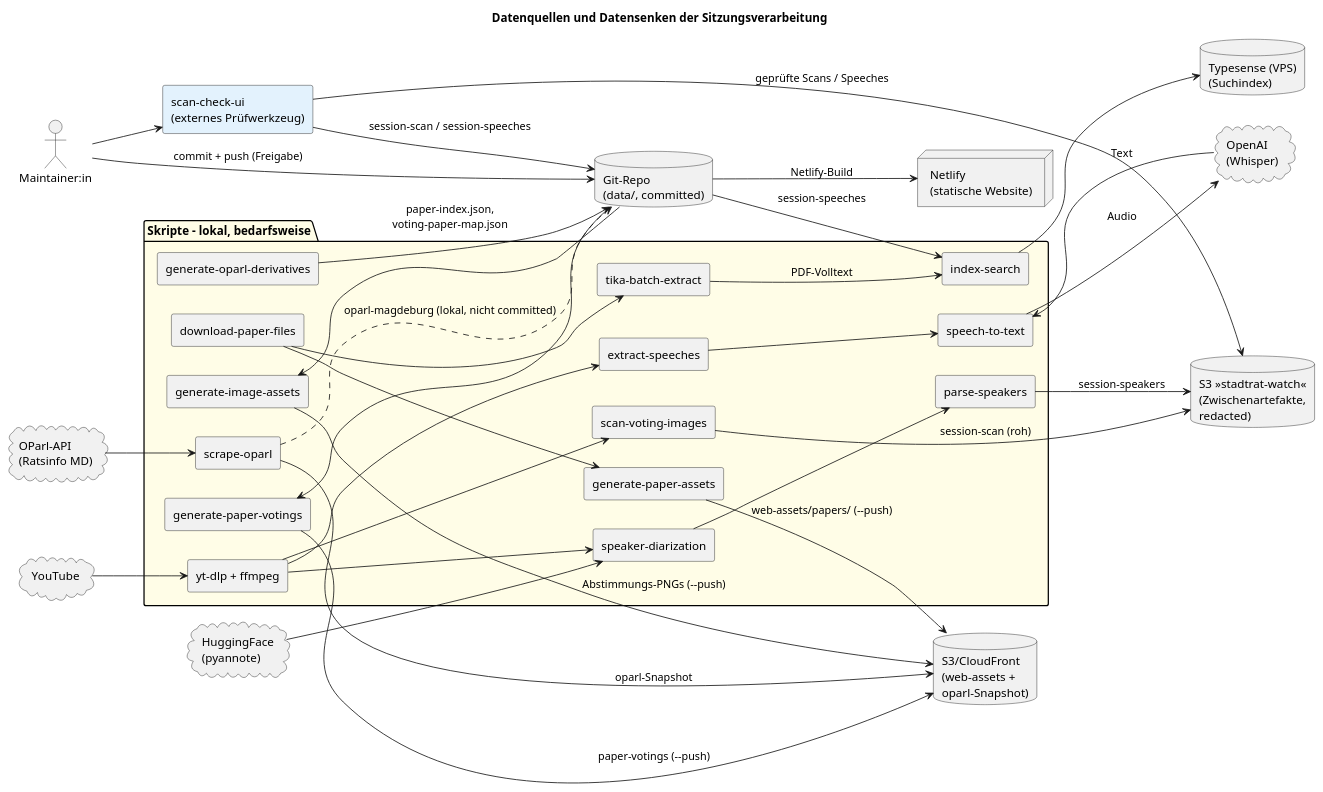
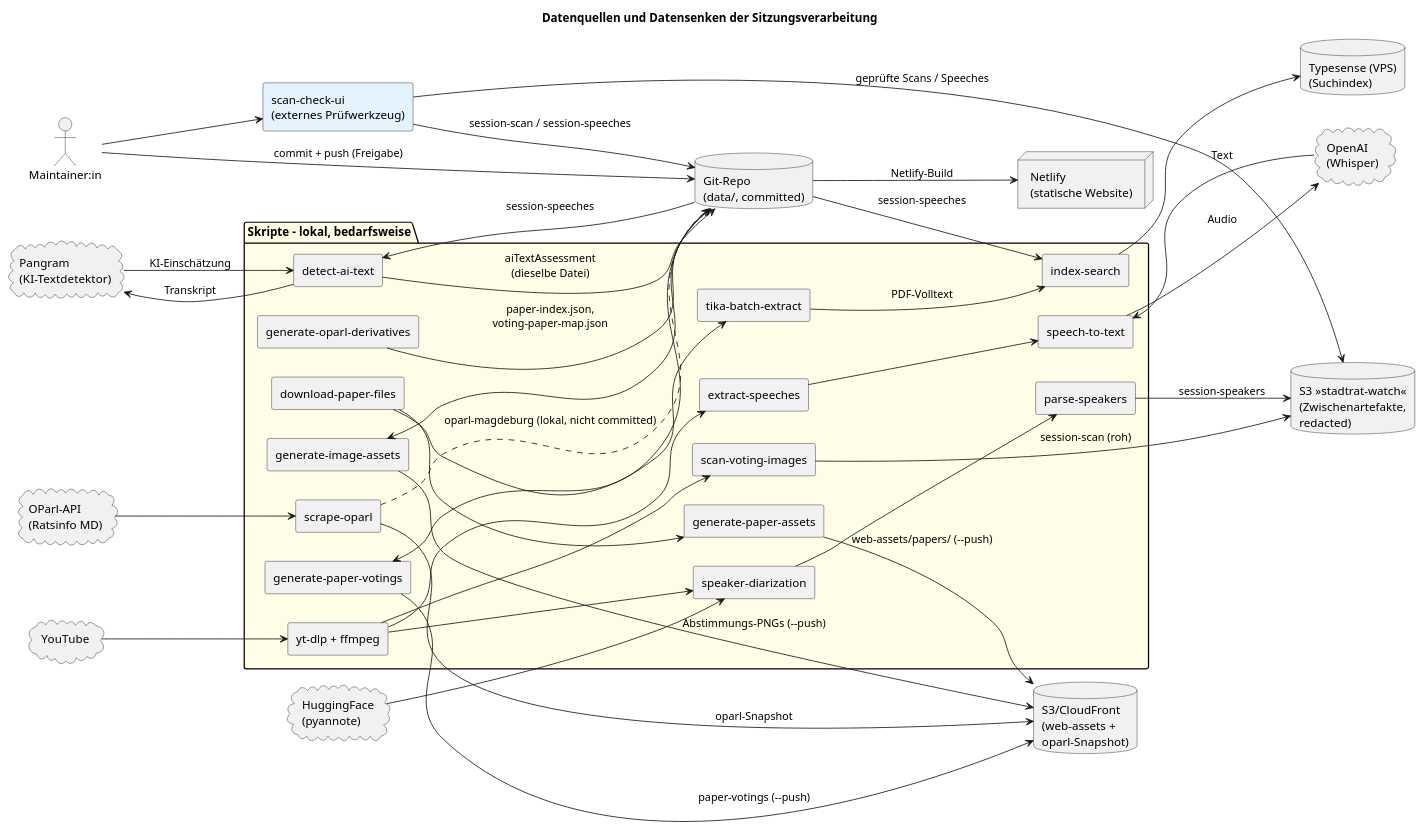
Before and after one commit to ungeschneuer/StadtratWatch-Leipzig: the diagram in docs/guides/session-processing/session-processing-dataflow.puml, drawn with PlantUML. The commit also changed 13 other files, not shown here.

First line of the commit message:
docs: document AI text assessment (Pangram) in guides and arc42

```diff
--- a/docs/guides/session-processing/session-processing-dataflow.puml
+++ b/docs/guides/session-processing/session-processing-dataflow.puml
@@ -8,81 +8,87 @@
 @startuml session-processing-dataflow
 title Datenquellen und Datensenken der Sitzungsverarbeitung
 
 skinparam shadowing false
 skinparam componentStyle rectangle
 skinparam wrapWidth 200
 left to right direction
 
 actor "Maintainer:in" as M
 
 cloud "OParl-API\n(Ratsinfo MD)" as OParl
 cloud "YouTube" as YT
 cloud "HuggingFace\n(pyannote)" as HF
 cloud "OpenAI\n(Whisper)" as OAI
+cloud "Pangram\n(KI-Textdetektor)" as PG
 component "scan-check-ui\n(externes Prüfwerkzeug)" as UI #E3F2FD
 
 package "Skripte - lokal, bedarfsweise" #FFFDE7 {
   component "scrape-oparl" as SCRAPE
   component "download-paper-files" as DPF
   component "generate-paper-assets" as GPA
   component "generate-oparl-derivatives" as GOD
   component "tika-batch-extract" as TIKA
   component "yt-dlp + ffmpeg" as MEDIA
   component "scan-voting-images" as SVI
   component "speaker-diarization" as SD
   component "parse-speakers" as PS
   component "extract-speeches" as ES
   component "speech-to-text" as STT
+  component "detect-ai-text" as DAT
   component "generate-image-assets" as GIA
   component "generate-paper-votings" as GPV
   component "index-search" as IDX
 }
 
 database "Git-Repo\n(data/, committed)" as GIT
 database "S3 »stadtrat-watch«\n(Zwischenartefakte,\nredacted)" as S3RAW
 database "S3/CloudFront\n(web-assets +\noparl-Snapshot)" as S3WEB
 database "Typesense (VPS)\n(Suchindex)" as TS
 node "Netlify\n(statische Website)" as NET
 
 ' --- Quellen ---
 OParl --> SCRAPE
 YT --> MEDIA
 HF --> SD
 STT --> OAI : Audio
 OAI --> STT : Text
+DAT --> PG : Transkript
+PG --> DAT : KI-Einschätzung
 
 ' --- OParl-/Drucksachen-Zweig ---
 SCRAPE --> S3WEB : oparl-Snapshot
 SCRAPE ..> GIT : oparl-magdeburg (lokal, nicht committed)
 DPF --> GPA
 GPA --> S3WEB : web-assets/papers/ (--push)
 GOD --> GIT : paper-index.json,\nvoting-paper-map.json
 DPF --> TIKA
 TIKA --> IDX : PDF-Volltext
 
 ' --- Video-Zweig ---
 MEDIA --> SVI
 MEDIA --> SD
 SVI --> S3RAW : session-scan (roh)
 SD --> PS
 PS --> S3RAW : session-speakers
 MEDIA --> ES
 ES --> STT
 
 ' --- Manuelle Prüfung ---
 M --> UI
 UI --> S3RAW : geprüfte Scans / Speeches
 UI --> GIT : session-scan / session-speeches
 
 ' --- Zusammenführung ---
 GIT --> GIA
 GIA --> S3WEB : Abstimmungs-PNGs (--push)
 GIT --> GPV
 GPV --> S3WEB : paper-votings (--push)
 GIT --> IDX : session-speeches
+GIT --> DAT : session-speeches
+DAT --> GIT : aiTextAssessment\n(dieselbe Datei)
 IDX --> TS
 
 ' --- Veröffentlichung ---
 M --> GIT : commit + push (Freigabe)
 GIT --> NET : Netlify-Build
 @enduml
```
